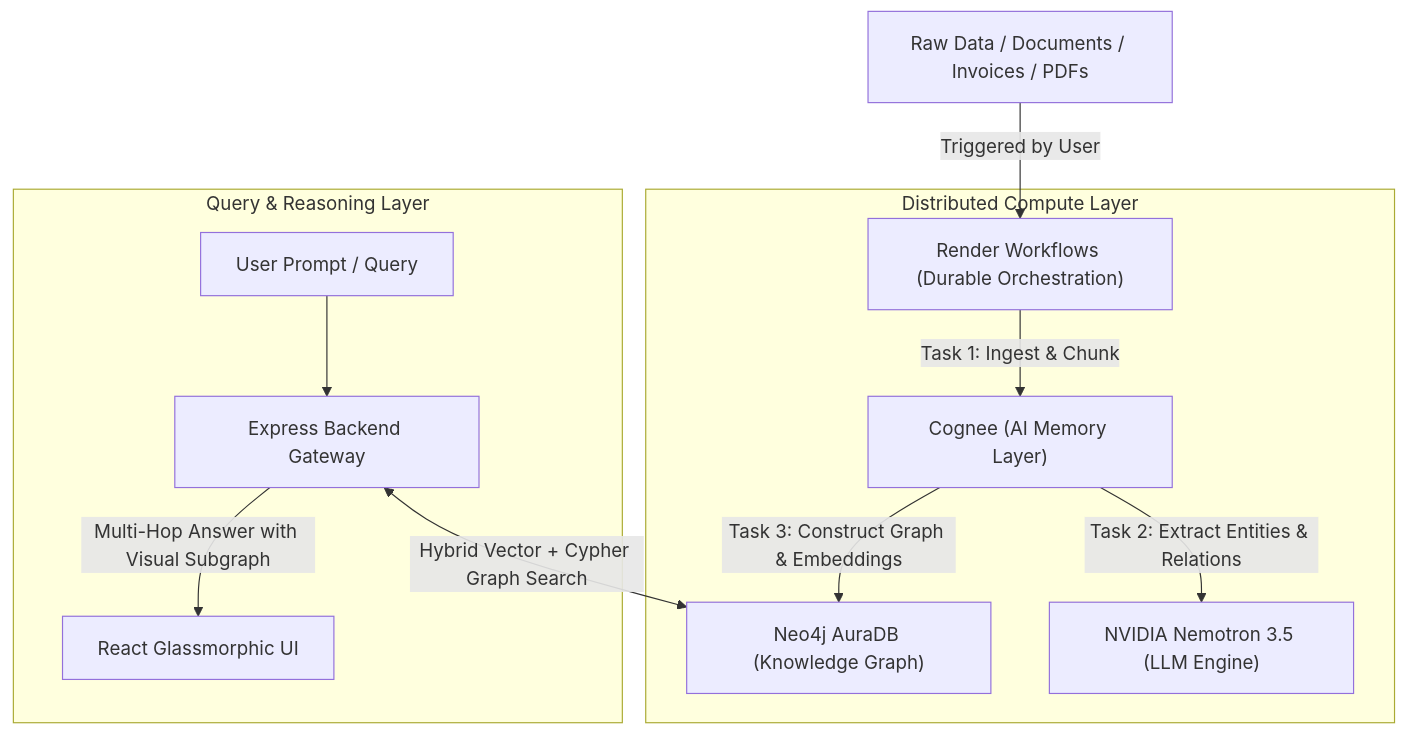
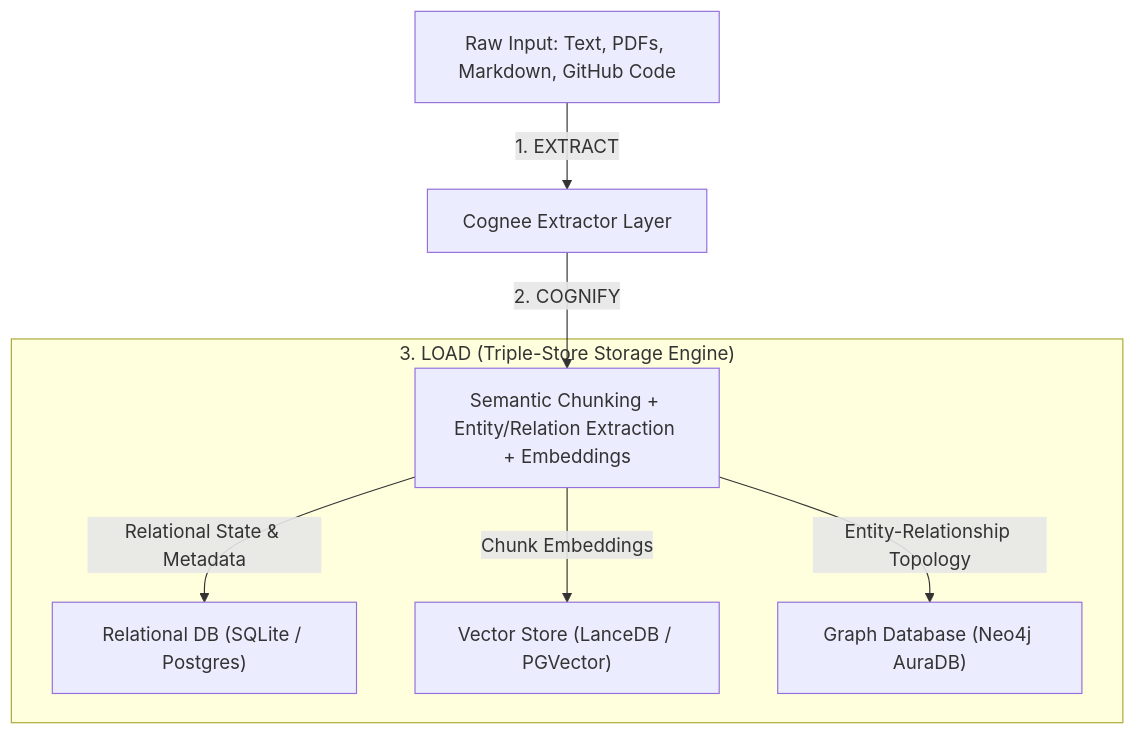
One commit to satvikkesarwani/ignite_with_delhi changed the diagram in study.md. Above: the diagram before and after it, drawn with Mermaid. The commit also changed other lines of this file, not shown here.

Commit message:
docs: integrate complete Enterprise Cognitive Memory blueprint into study.md

````diff
--- a/study.md
+++ b/study.md
@@ -29,16 +44,11 @@
 ```mermaid
 graph TD
-    RawData["Raw Data / Documents / Invoices / PDFs"] -->|Triggered by User| RenderWorkflow["Render Workflows (Durable Orchestration)"]
+    Raw["Raw Input: Text, PDFs, Markdown, GitHub Code"] -->|1. EXTRACT| Extractor["Cognee Extractor Layer"]
+    Extractor -->|2. COGNIFY| Processor["Semantic Chunking + Entity/Relation Extraction + Embeddings"]
 
-    subgraph Execution_Layer["Distributed Compute Layer"]
-        RenderWorkflow -->|Task 1: Ingest & Chunk| Cognee["Cognee (AI Memory Layer)"]
-        Cognee -->|Task 2: Extract Entities & Relations| NvidiaLLM["NVIDIA Nemotron 3.5 (LLM Engine)"]
-        Cognee -->|Task 3: Construct Graph & Embeddings| Neo4j["Neo4j AuraDB (Knowledge Graph)"]
-    end
-
-    subgraph Retrieval_Layer["Query & Reasoning Layer"]
-        UserQuery["User Prompt / Query"] --> ExpressAPI["Express Backend Gateway"]
-        ExpressAPI <-->|Hybrid Vector + Cypher Graph Search| Neo4j
-        ExpressAPI -->|Multi-Hop Answer with Visual Subgraph| FrontendUI["React Glassmorphic UI"]
+    subgraph Triple_Store["3. LOAD (Triple-Store Storage Engine)"]
+        Processor -->|Relational State & Metadata| SQLite_PG["Relational DB (SQLite / Postgres)"]
+        Processor -->|Chunk Embeddings| LanceDB_PGV["Vector Store (LanceDB / PGVector)"]
+        Processor -->|Entity-Relationship Topology| Neo4jAura["Graph Database (Neo4j AuraDB)"]
     end
 ```
````
